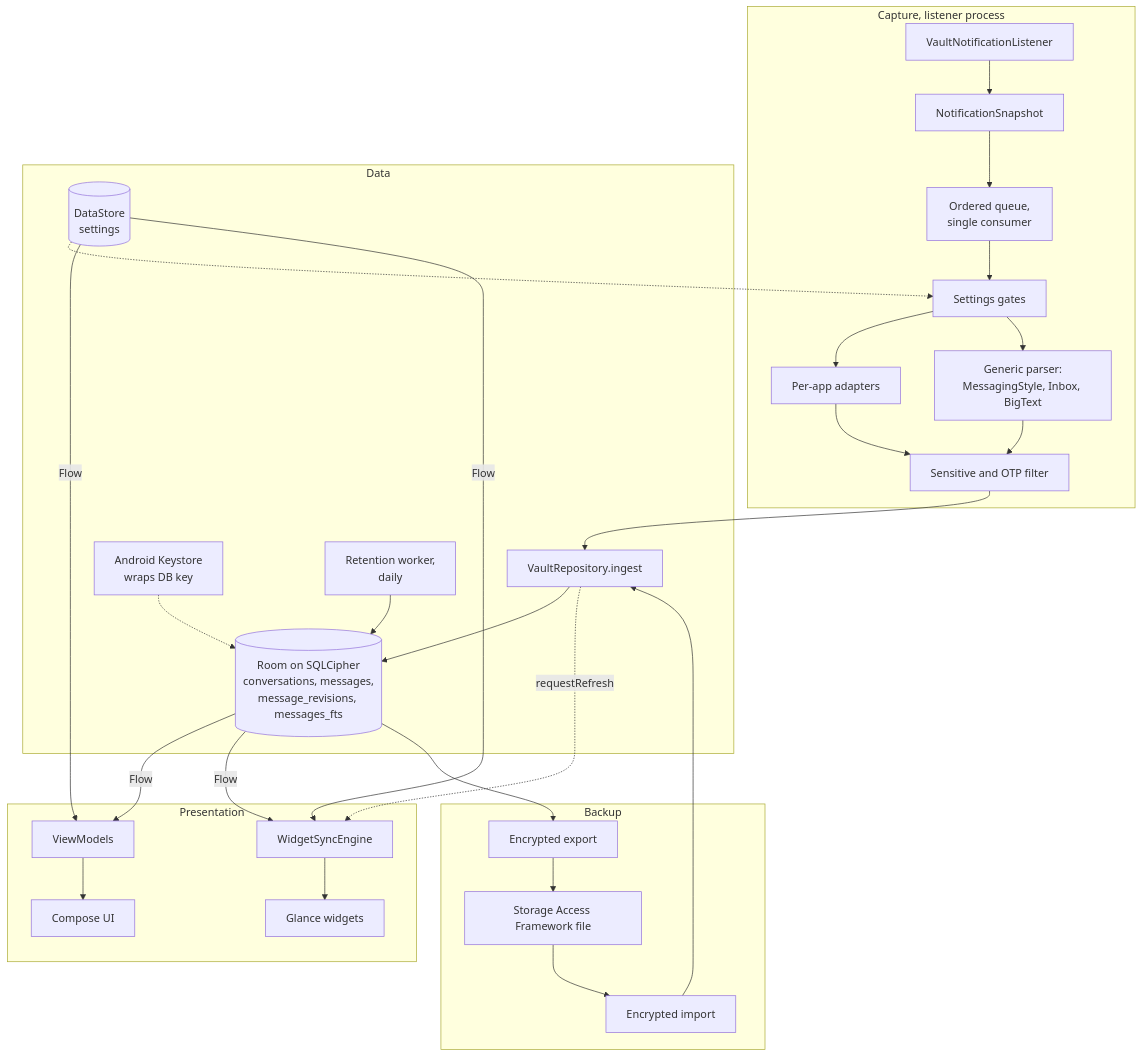
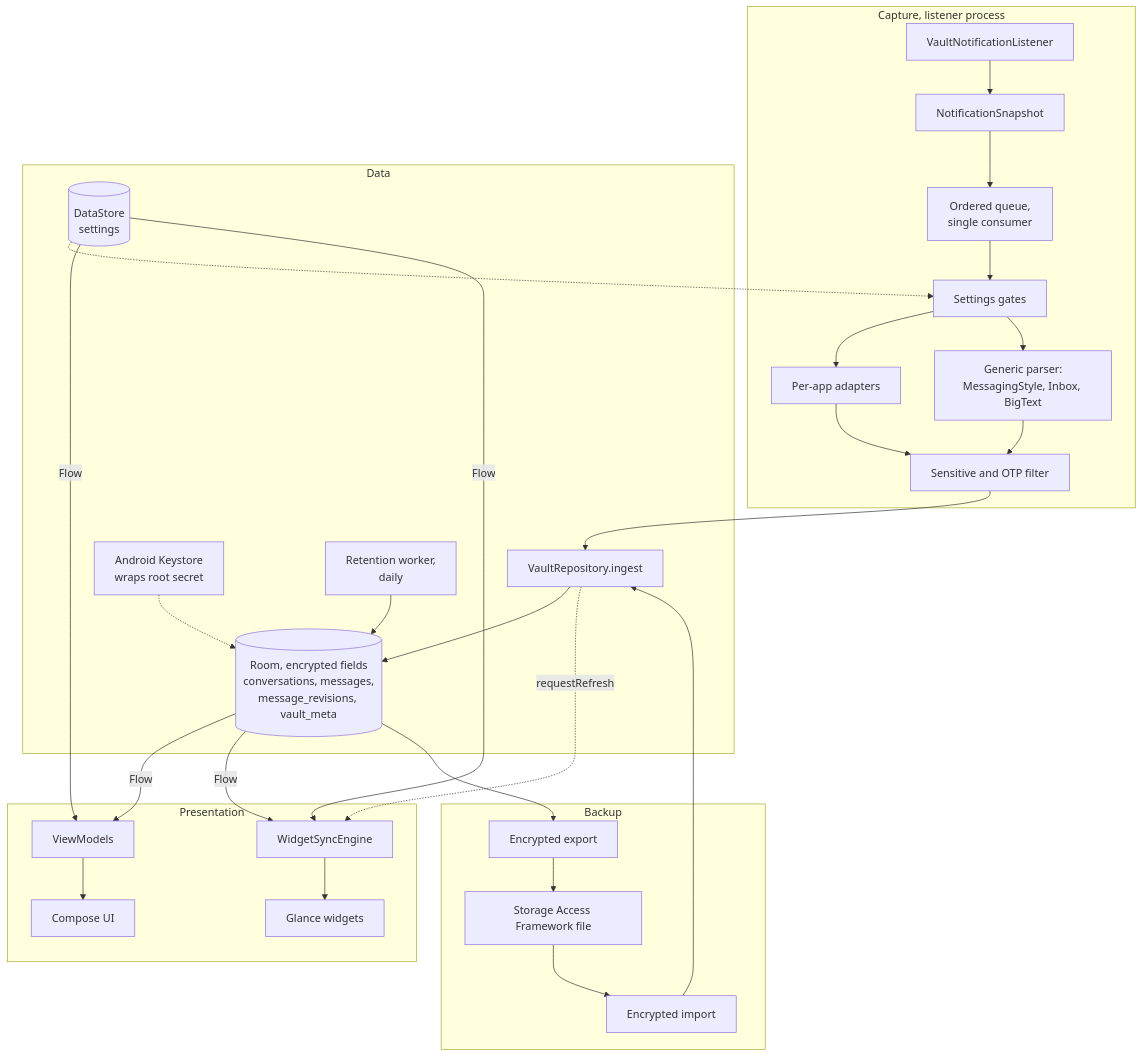
The third of 3 diagrams in docs/IMPLEMENTATION_PLAN.md (Zokii0/UnsendVault), drawn with Mermaid before and after one commit. The commit also changed other lines of this file and 51 other files, not shown here.

````diff
--- a/docs/IMPLEMENTATION_PLAN.md
+++ b/docs/IMPLEMENTATION_PLAN.md
@@ -123,47 +123,47 @@
 ```mermaid
 flowchart TD
     subgraph CAPTURE["Capture, listener process"]
         NLS["VaultNotificationListener"] --> SNAP["NotificationSnapshot"]
         SNAP --> CH["Ordered queue,<br/>single consumer"]
         CH --> GATE["Settings gates"]
         GATE --> AD["Per-app adapters"]
         GATE --> GP["Generic parser:<br/>MessagingStyle, Inbox, BigText"]
         AD --> FIL["Sensitive and OTP filter"]
         GP --> FIL
     end
     subgraph DATA["Data"]
         REPO["VaultRepository.ingest"]
-        DB[("Room on SQLCipher<br/>conversations, messages,<br/>message_revisions, messages_fts")]
+        DB[("Room, encrypted fields<br/>conversations, messages,<br/>message_revisions, vault_meta")]
         DS[("DataStore<br/>settings")]
-        KS["Android Keystore<br/>wraps DB key"]
+        KS["Android Keystore<br/>wraps root secret"]
         RET["Retention worker,<br/>daily"]
     end
     subgraph PRESENT["Presentation"]
         VM["ViewModels"]
         UI["Compose UI"]
         WS["WidgetSyncEngine"]
         GW["Glance widgets"]
     end
     subgraph BACKUP["Backup"]
         EXP["Encrypted export"]
         IMP["Encrypted import"]
         SAF["Storage Access Framework file"]
     end
 
     FIL --> REPO
     REPO --> DB
     KS -.-> DB
     DS -.-> GATE
     RET --> DB
     DB -- "Flow" --> VM
     DS -- "Flow" --> VM
     VM --> UI
     DB -- "Flow" --> WS
     DS -- "Flow" --> WS
     REPO -. "requestRefresh" .-> WS
     WS --> GW
     DB --> EXP
     EXP --> SAF
     SAF --> IMP
     IMP --> REPO
 ```
````
